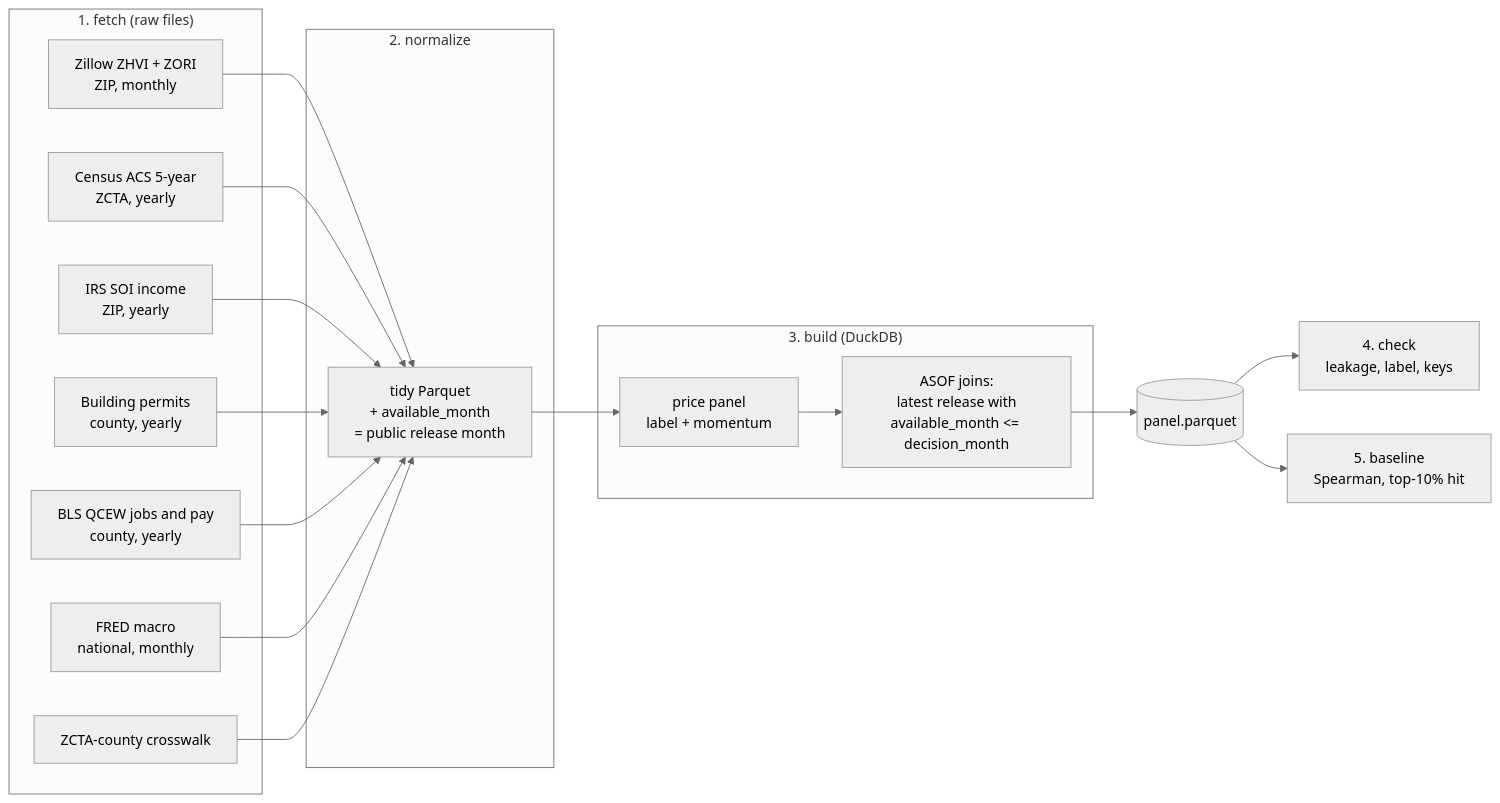
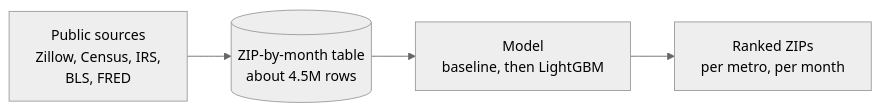
Before and after one commit to jmayank23/scratch: the diagram in housing-model/README.md, drawn with Mermaid (neutral theme). The commit also changed other lines of this file and 7 other files, not shown here.

````diff
--- a/housing-model/README.md
+++ b/housing-model/README.md
@@ -16,22 +6,6 @@
 ```mermaid
 flowchart LR
-  subgraph fetch["1. fetch (raw files)"]
-    Z[Zillow ZHVI + ZORI<br/>ZIP, monthly]
-    A[Census ACS 5-year<br/>ZCTA, yearly]
-    I[IRS SOI income<br/>ZIP, yearly]
-    B[Building permits<br/>county, yearly]
-    Q[BLS QCEW jobs and pay<br/>county, yearly]
-    F[FRED macro<br/>national, monthly]
-    X[ZCTA-county crosswalk]
-  end
-  subgraph norm["2. normalize"]
-    N[tidy Parquet<br/>+ available_month<br/>= public release month]
-  end
-  subgraph build["3. build (DuckDB)"]
-    P[price panel<br/>label + momentum]
-    J[ASOF joins:<br/>latest release with<br/>available_month <= decision_month]
-  end
-  Z & A & I & B & Q & F & X --> N --> P --> J --> T[(panel.parquet)]
-  T --> C[4. check<br/>leakage, label, keys]
-  T --> BL[5. baseline<br/>Spearman, top-10% hit]
+  S[Public sources<br/>Zillow, Census, IRS,<br/>BLS, FRED] --> T[(ZIP-by-month table<br/>about 4.5M rows)]
+  T --> M[Model<br/>baseline, then LightGBM]
+  M --> R[Ranked ZIPs<br/>per metro, per month]
 ```
````
